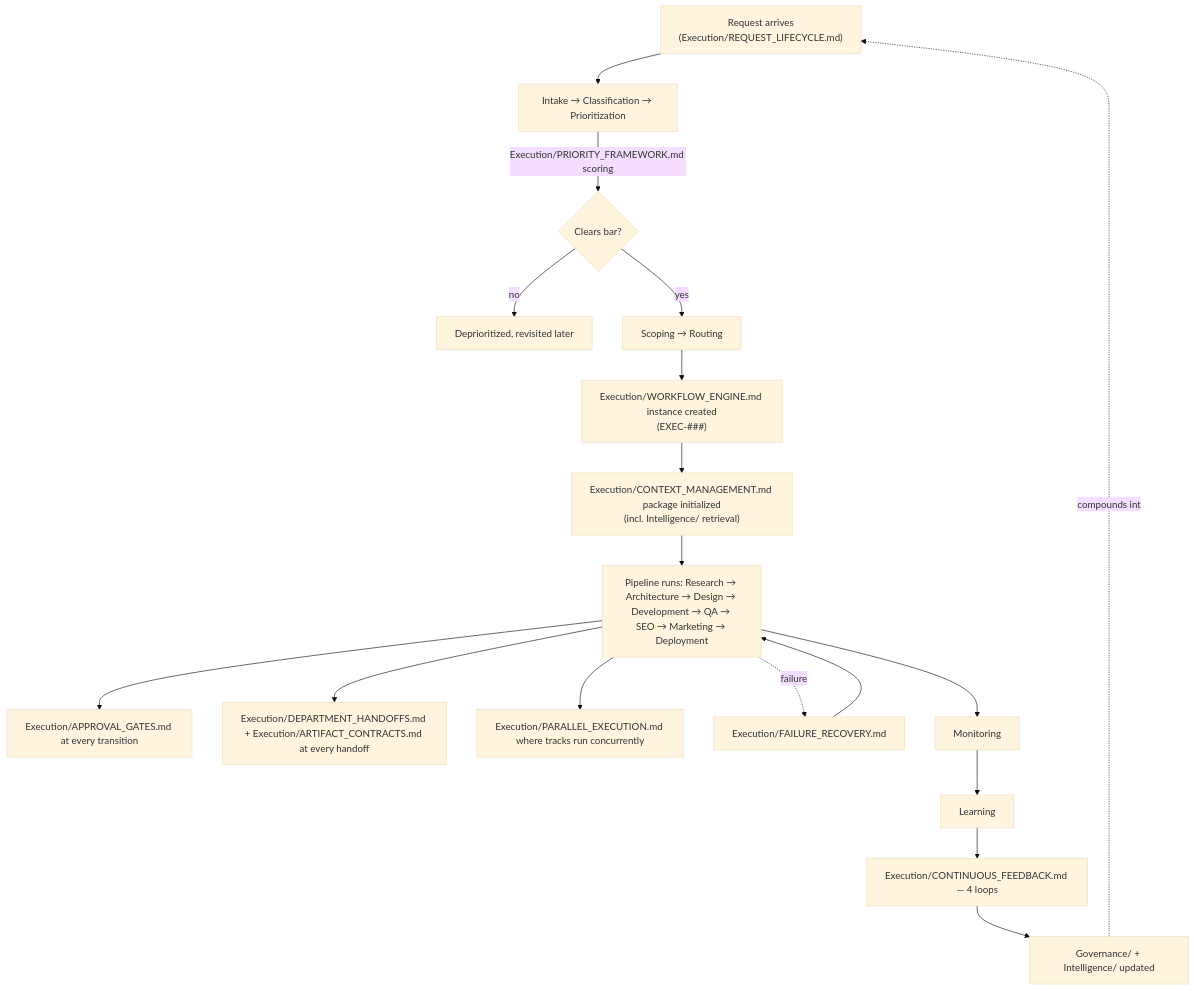
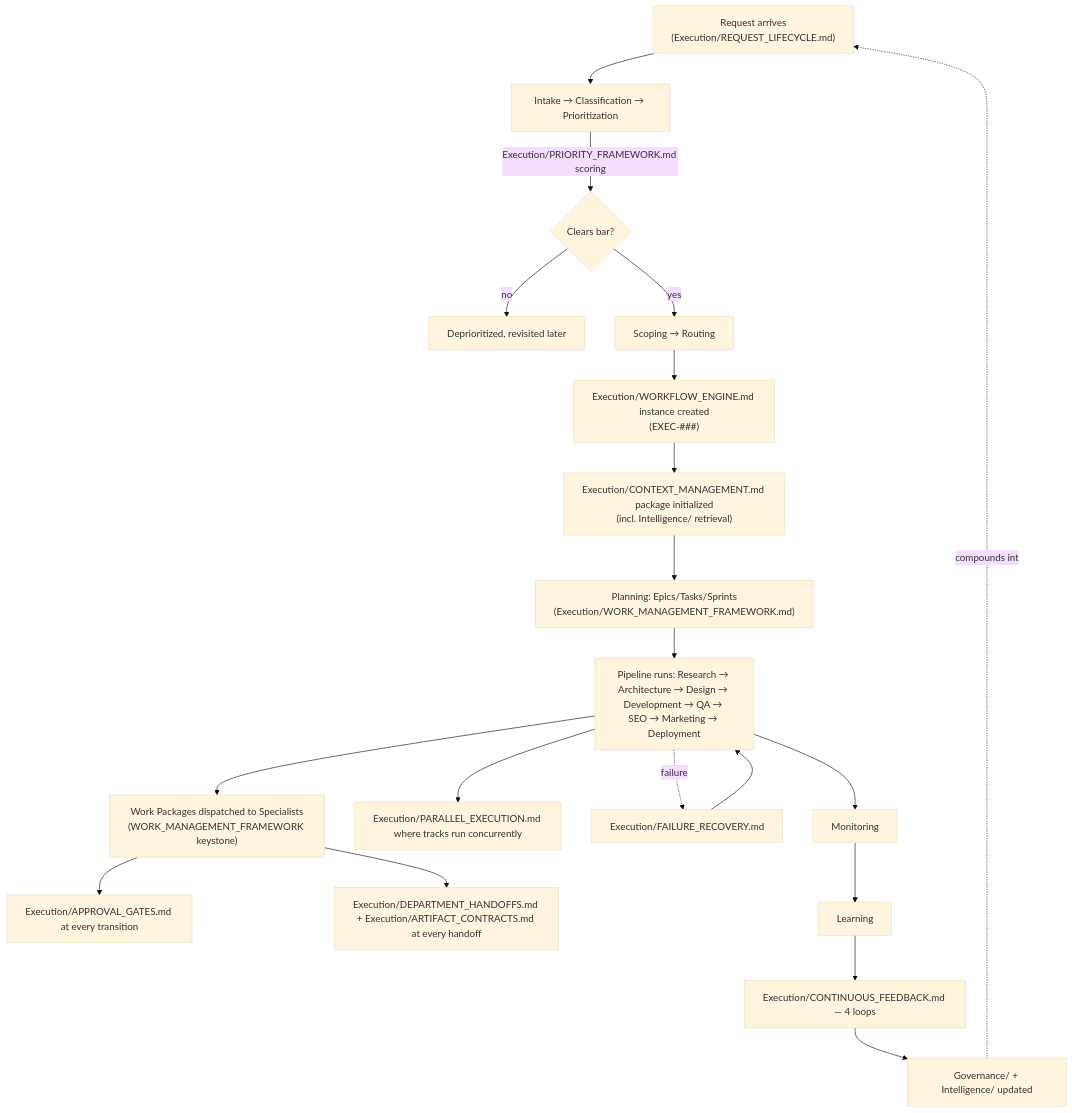
The diagram in Execution/EXECUTION_PLAYBOOK.md (ufarooq525/umer-ai-os), drawn with Mermaid (base theme) before and after one commit. The commit also changed other lines of this file and 6 other files, not shown here.

````diff
--- a/Execution/EXECUTION_PLAYBOOK.md
+++ b/Execution/EXECUTION_PLAYBOOK.md
@@ -9,20 +9,22 @@
 ```mermaid
 flowchart TD
     A["Request arrives\n(Execution/REQUEST_LIFECYCLE.md)"] --> B[Intake → Classification → Prioritization]
     B -->|Execution/PRIORITY_FRAMEWORK.md scoring| C{Clears bar?}
     C -- no --> D[Deprioritized, revisited later]
     C -- yes --> E[Scoping → Routing]
     E --> F["Execution/WORKFLOW_ENGINE.md instance created\n(EXEC-###)"]
     F --> G["Execution/CONTEXT_MANAGEMENT.md package initialized\n(incl. Intelligence/ retrieval)"]
-    G --> H[Pipeline runs: Research → Architecture → Design → Development → QA → SEO → Marketing → Deployment]
-    H --> I["Execution/APPROVAL_GATES.md at every transition"]
-    H --> J["Execution/DEPARTMENT_HANDOFFS.md + Execution/ARTIFACT_CONTRACTS.md at every handoff"]
+    G --> G2["Planning: Epics/Tasks/Sprints\n(Execution/WORK_MANAGEMENT_FRAMEWORK.md)"]
+    G2 --> H[Pipeline runs: Research → Architecture → Design → Development → QA → SEO → Marketing → Deployment]
+    H --> H2["Work Packages dispatched to Specialists\n(WORK_MANAGEMENT_FRAMEWORK keystone)"]
+    H2 --> I["Execution/APPROVAL_GATES.md at every transition"]
+    H2 --> J["Execution/DEPARTMENT_HANDOFFS.md + Execution/ARTIFACT_CONTRACTS.md at every handoff"]
     H --> K["Execution/PARALLEL_EXECUTION.md where tracks run concurrently"]
     H -.failure.-> L["Execution/FAILURE_RECOVERY.md"]
     L --> H
     H --> M[Monitoring]
     M --> N[Learning]
     N --> O["Execution/CONTINUOUS_FEEDBACK.md — 4 loops"]
     O --> P["Governance/ + Intelligence/ updated"]
     P -.compounds into.-> A
 ```
````
